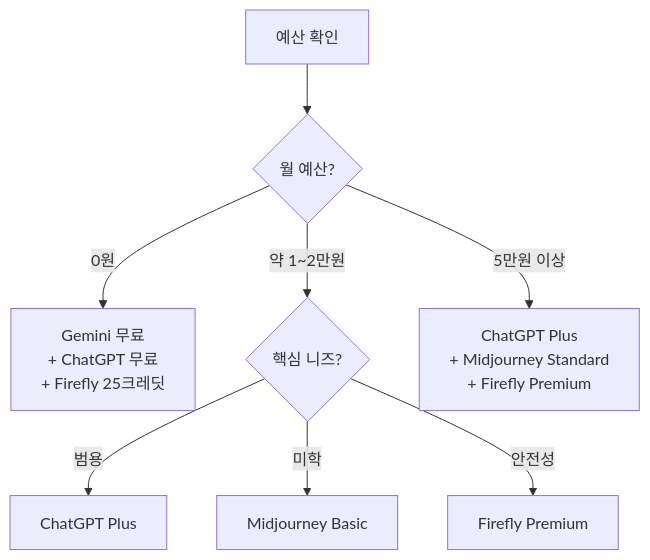
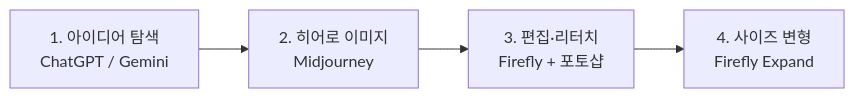
One commit to jsonpassion/forge-tutorial-promptcanvas changed the third of 6 diagrams in 01-ch1-ai-이미지-생성-개론/05-05-실무-시나리오별-플랫폼-선택-가이드.md. Above: the diagram before and after it, drawn with Mermaid. The commit also changed other lines of this file and 12 other files, not shown here.

````diff
--- a/01-ch1-ai-이미지-생성-개론/05-05-실무-시나리오별-플랫폼-선택-가이드.md
+++ b/01-ch1-ai-이미지-생성-개론/05-05-실무-시나리오별-플랫폼-선택-가이드.md
@@ -227,10 +146,6 @@
 ```mermaid
-flowchart TD
-    A["예산 확인"] --> B{"월 예산?"}
-    B -->|"0원"| C["Gemini 무료<br/>+ ChatGPT 무료<br/>+ Firefly 25크레딧"]
-    B -->|"약 1~2만원"| D{"핵심 니즈?"}
-    B -->|"5만원 이상"| E["ChatGPT Plus<br/>+ Midjourney Standard<br/>+ Firefly Premium"]
-    D -->|"범용"| F["ChatGPT Plus"]
-    D -->|"미학"| G["Midjourney Basic"]
-    D -->|"안전성"| H["Firefly Premium"]
+flowchart LR
+    A["1. 아이디어 탐색<br/>ChatGPT / Gemini"] --> B["2. 히어로 이미지<br/>Midjourney"]
+    B --> C["3. 편집·리터치<br/>Firefly + 포토샵"]
+    C --> D["4. 사이즈 변형<br/>Firefly Expand"]
 ```
````
